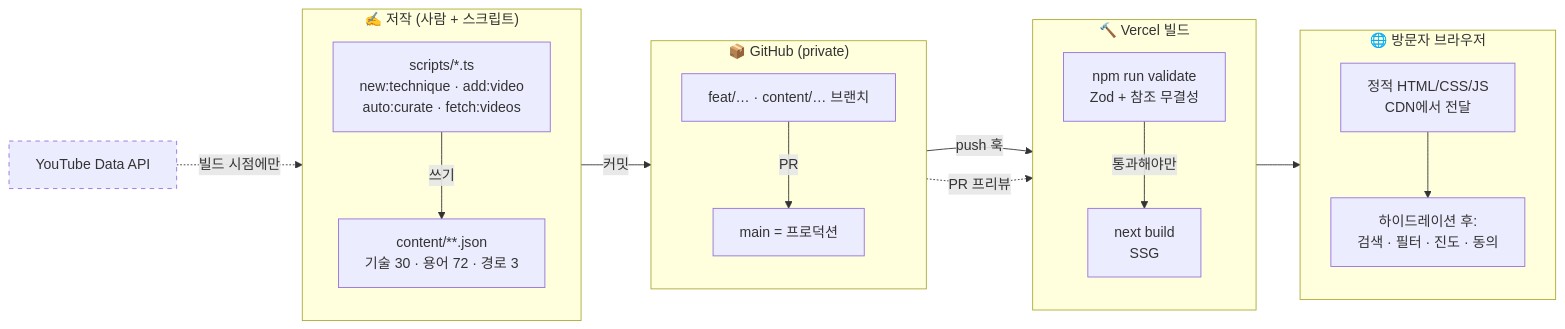
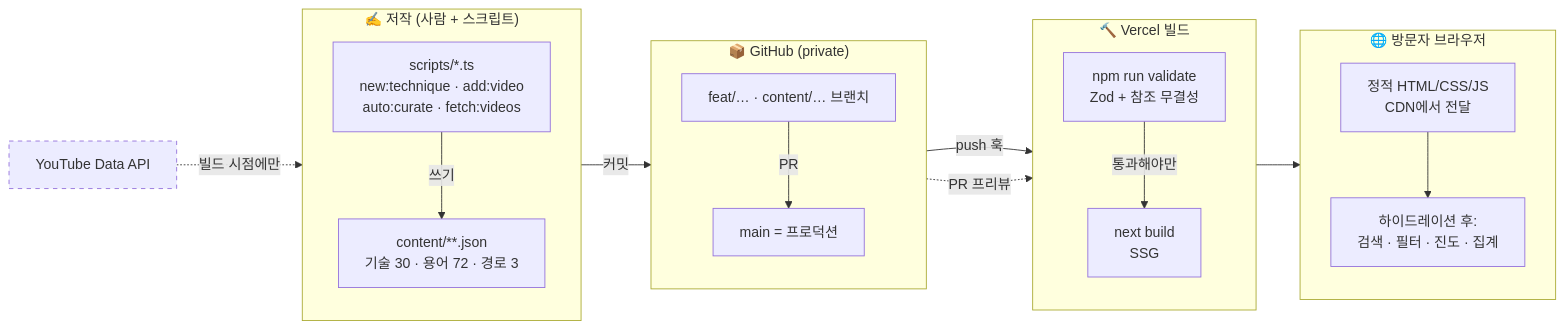
One commit to sehyunnoh/pickleball changed the first of 8 diagrams in docs/ARCHITECTURE.md. Above: the diagram before and after it, drawn with Mermaid. The commit also changed other lines of this file and 14 other files, not shown here.

````diff
--- a/docs/ARCHITECTURE.md
+++ b/docs/ARCHITECTURE.md
@@ -20,39 +20,39 @@
 ```mermaid
 flowchart LR
     subgraph authoring["✍️ 저작 (사람 + 스크립트)"]
         direction TB
         JSON["content/**.json<br/>기술 30 · 용어 72 · 경로 3"]
         CLI["scripts/*.ts<br/>new:technique · add:video<br/>auto:curate · fetch:videos"]
         CLI -->|쓰기| JSON
     end
 
     subgraph git["📦 GitHub (private)"]
         direction TB
         BR["feat/… · content/… 브랜치"]
         MAIN["main = 프로덕션"]
         BR -->|PR| MAIN
     end
 
     subgraph build["🔨 Vercel 빌드"]
         direction TB
         VAL["npm run validate<br/>Zod + 참조 무결성"]
         NEXT["next build<br/>SSG"]
         VAL -->|통과해야만| NEXT
     end
 
     subgraph runtime["🌐 방문자 브라우저"]
         direction TB
         HTML["정적 HTML/CSS/JS<br/>CDN에서 전달"]
-        CLIENT["하이드레이션 후:<br/>검색 · 필터 · 진도 · 동의"]
+        CLIENT["하이드레이션 후:<br/>검색 · 필터 · 진도 · 집계"]
         HTML --> CLIENT
     end
 
     YT["YouTube Data API"]
     authoring -->|커밋| git
     YT -.->|빌드 시점에만| CLI
     MAIN -->|push 훅| build
     BR -.->|PR 프리뷰| build
     build --> runtime
 
     style YT stroke-dasharray: 5 5
 ```
````
